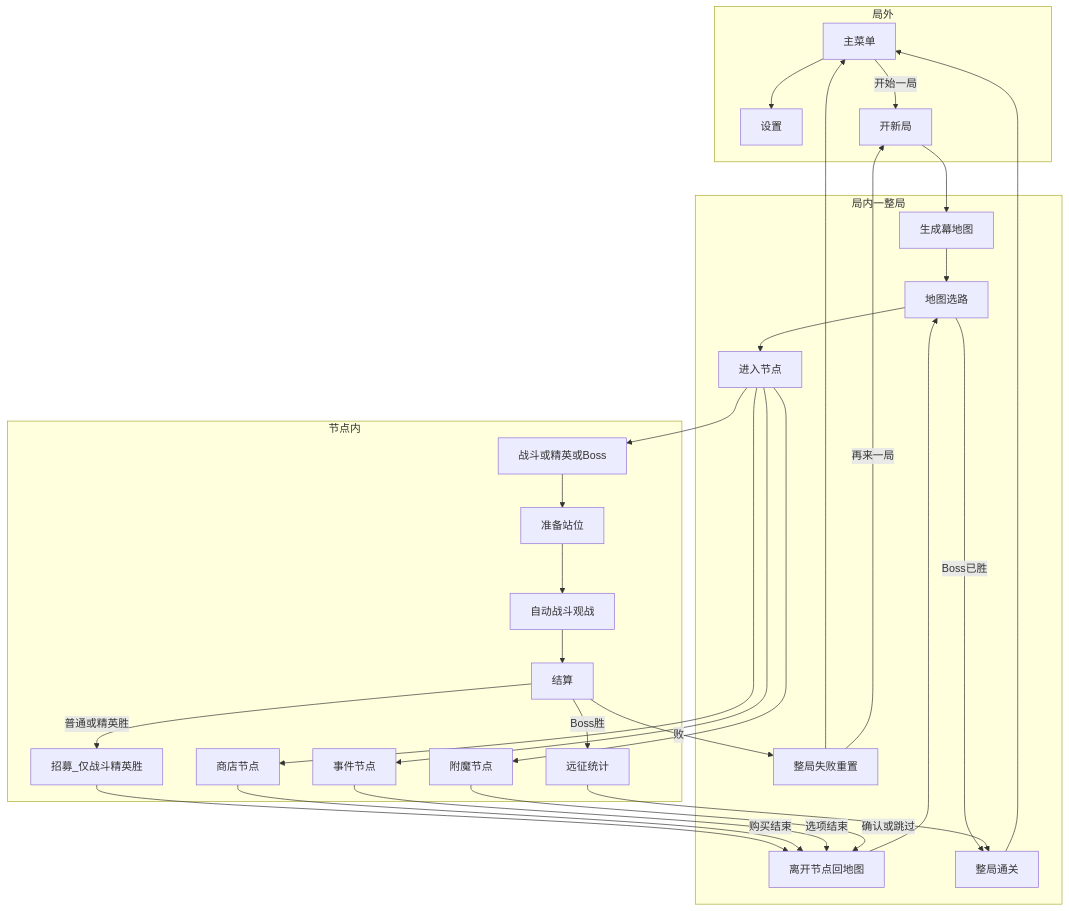
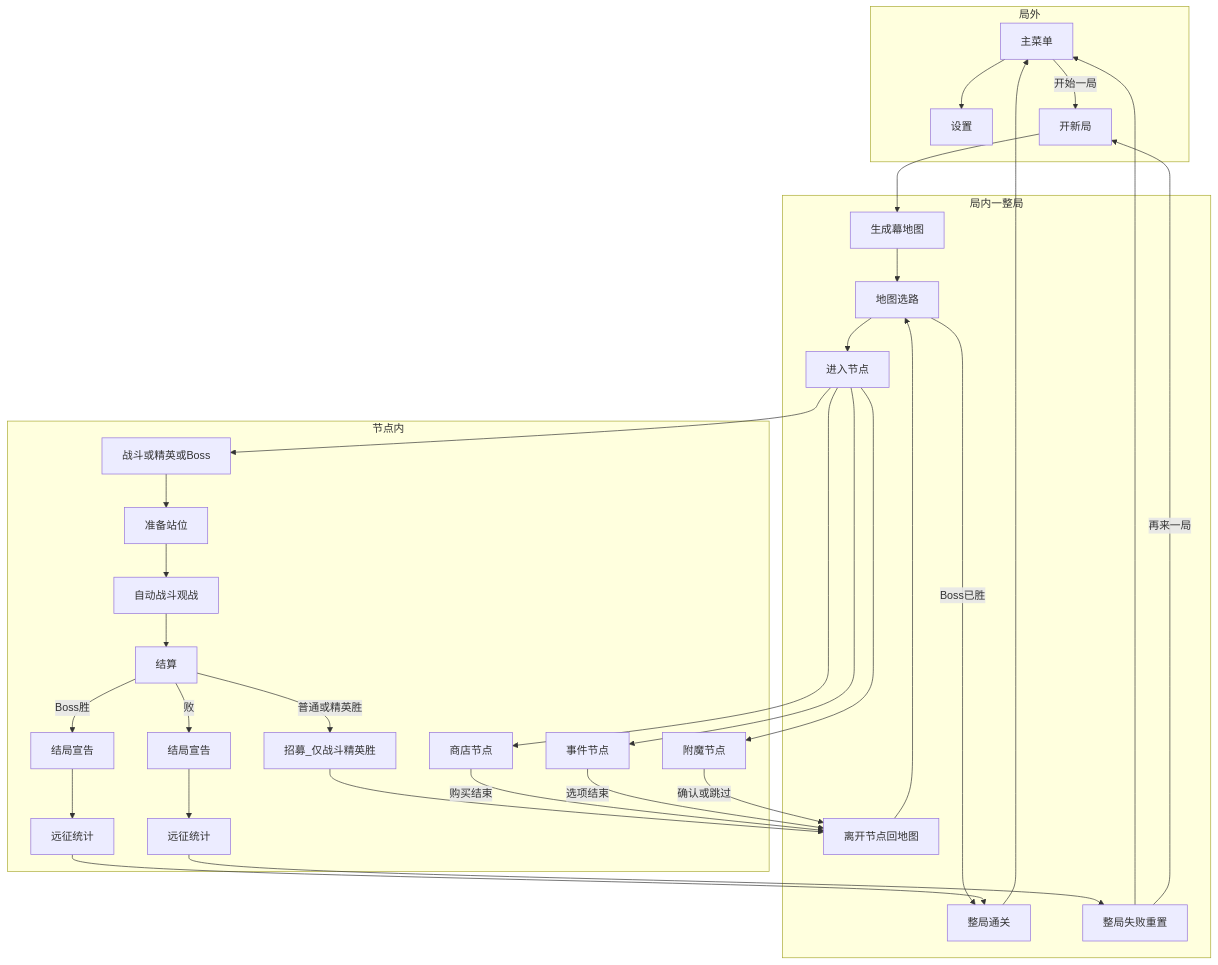
The diagram in Documents/Features/GAME_LOOP.md (Kanerickyz/project-autochess), drawn with Mermaid before and after one commit. The commit also changed other lines of this file and 10 other files, not shown here.

````diff
--- a/Documents/Features/GAME_LOOP.md
+++ b/Documents/Features/GAME_LOOP.md
@@ -103,49 +103,52 @@
 ```mermaid
 flowchart TD
   subgraph Meta[局外]
     MainMenu[主菜单]
     Settings[设置]
     MainMenu --> Settings
     MainMenu -->|开始一局| NewRun[开新局]
   end
 
   subgraph RunLoop[局内一整局]
     GenMap[生成幕地图]
     MapSelect[地图选路]
     EnterNode[进入节点]
     LeaveNode[离开节点回地图]
     RunWin[整局通关]
     RunLose[整局失败重置]
     NewRun --> GenMap --> MapSelect
     MapSelect --> EnterNode
     LeaveNode --> MapSelect
     MapSelect -->|Boss已胜| RunWin
   end
 
   subgraph NodeInner[节点内]
     CombatNode[战斗或精英或Boss]
     ShopNode[商店节点]
     EventNode[事件节点]
     EnchantNode[附魔节点]
     Prep[准备站位]
     AutoCombat[自动战斗观战]
     Resolve[结算]
     Recruit[招募_仅战斗精英胜]
     CombatNode --> Prep --> AutoCombat --> Resolve
     Resolve -->|普通或精英胜| Recruit --> LeaveNode
-    Resolve -->|Boss胜| RunStats[远征统计]
+    Resolve -->|Boss胜| RunResult[结局宣告]
+    RunResult --> RunStats[远征统计]
     RunStats --> RunWin
-    Resolve -->|败| RunLose
+    Resolve -->|败| RunLoseResult[结局宣告]
+    RunLoseResult --> RunLoseStats[远征统计]
+    RunLoseStats --> RunLose
     ShopNode -->|购买结束| LeaveNode
     EventNode -->|选项结束| LeaveNode
     EnchantNode -->|确认或跳过| LeaveNode
   end
 
   EnterNode --> CombatNode
   EnterNode --> ShopNode
   EnterNode --> EventNode
   EnterNode --> EnchantNode
   RunWin --> MainMenu
   RunLose --> MainMenu
   RunLose -->|再来一局| NewRun
 ```
````
